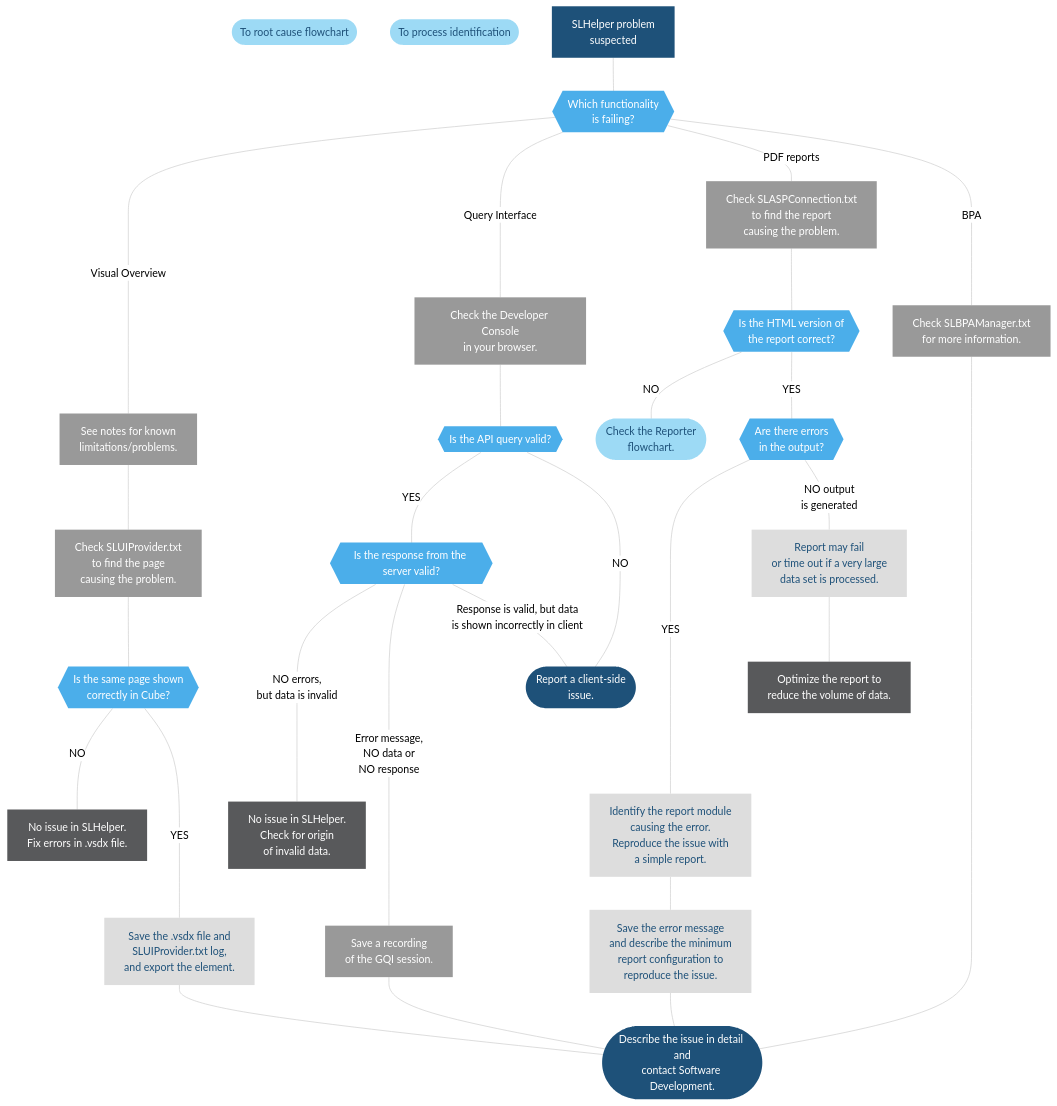
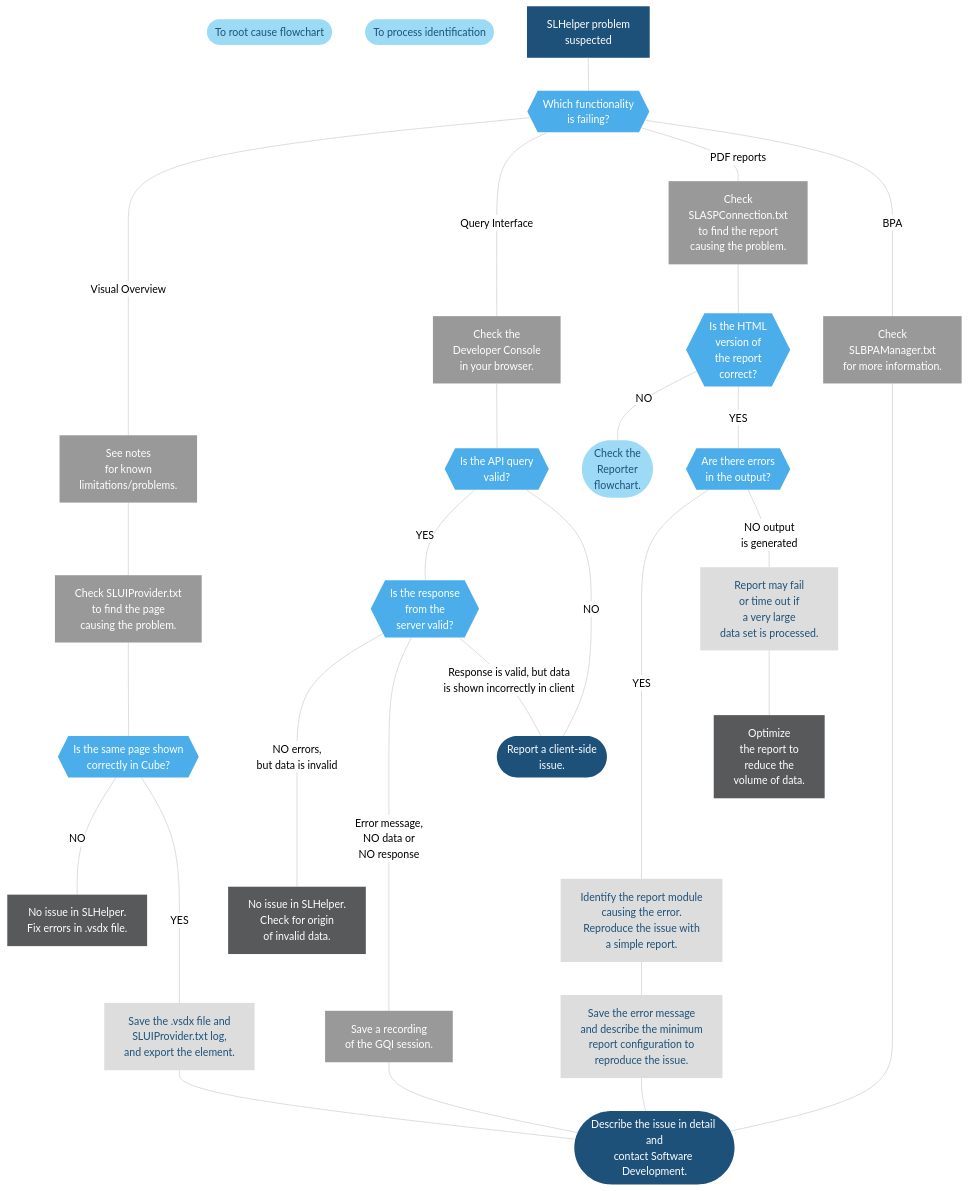
Before and after one commit to SkylineCommunications/dataminer-docs: the diagram in user-guide/Troubleshooting/Troubleshooting_Flowcharts/Troubleshooting_Process_Identification/Other_processes/Troubleshooting_SLHelper_exe.md, drawn with Mermaid (neutral theme). The commit also changed 5 other files, not shown here.

```diff
--- a/user-guide/Troubleshooting/Troubleshooting_Flowcharts/Troubleshooting_Process_Identification/Other_processes/Troubleshooting_SLHelper_exe.md
+++ b/user-guide/Troubleshooting/Troubleshooting_Flowcharts/Troubleshooting_Process_Identification/Other_processes/Troubleshooting_SLHelper_exe.md
@@ -64,81 +64,81 @@
 <div class="mermaid">
 flowchart TD
 %% Define blocks %%
 LinkRootCause([To root cause flowchart])
 LinkProcessList([To process identification])
 Start[SLHelper problem <br />suspected]
 Function{{Which functionality <br/>is failing?}}
-VisioKnown[See notes for known<br/>limitations/problems.]
+VisioKnown[See notes <br>for known<br/>limitations/problems.]
 VisioLogs[Check SLUIProvider.txt<br/>to find the page<br/>causing the problem.]
 VisioCube{{Is the same page shown<br/>correctly in Cube?}}
 VisioSave[Save the .vsdx file and<br/> SLUIProvider.txt log,<br/> and export the element.]
 VisioFix[No issue in SLHelper.<br/>Fix errors in .vsdx file.]
-GqiDevConsole[Check the Developer Console<br/>in your browser.]
-GqiCheckRequest{{Is the API query valid?}}
-GqiCheckResponse{{Is the response from the server valid?}}
+GqiDevConsole[Check the <br>Developer Console<br/>in your browser.]
+GqiCheckRequest{{Is the API query <br>valid?}}
+GqiCheckResponse{{Is the response <br>from the <br>server valid?}}
 GqiServerIssue[No issue in SLHelper.<br/>Check for origin<br/>of invalid data.]
 GqiSave[Save a recording<br/>of the GQI session.]
 GqiClientIssue([Report a client-side<br/>issue.])
-BpaLogs[Check SLBPAManager.txt<br/>for more information.]
-PdfLogs[Check SLASPConnection.txt<br/>to find the report<br/>causing the problem.]
-PdfCheckHtml{{Is the HTML version of<br/>the report correct?}}
-PdfReportsIssue([Check the Reporter<br/>flowchart.])
+BpaLogs[Check <br>SLBPAManager.txt<br/>for more information.]
+PdfLogs[Check <br>SLASPConnection.txt<br/>to find the report<br/>causing the problem.]
+PdfCheckHtml{{Is the HTML <br>version of<br/>the report <br>correct?}}
+PdfReportsIssue([Check the <br>Reporter<br/>flowchart.])
 PdfErrors{{Are there errors<br/>in the output?}}
 PdfModule[Identify the report module<br/>causing the error.<br/>Reproduce the issue with<br/>a simple report.]
 PdfSave[Save the error message<br/>and describe the minimum<br/>report configuration to<br/>reproduce the issue.]
-PdfTimeouts[Report may fail<br/>or time out if a very large<br/>data set is processed.]
-PdfOptimize[Optimize the report to<br/>reduce the volume of data.]
+PdfTimeouts[Report may fail<br/>or time out if <br>a very large<br/>data set is processed.]
+PdfOptimize[Optimize <br>the report to<br/>reduce the <br>volume of data.]
 EndReportIssue([Describe the issue in detail and<br/>contact Software Development.])
 %% Connect blocks %%
 Start --- Function
 Function --- |Visual Overview|VisioKnown
 Function --- |Query Interface|GqiDevConsole
 Function --- |PDF reports| PdfLogs
 Function --- |BPA| BpaLogs
 BpaLogs -------- EndReportIssue
 VisioKnown --- VisioLogs
 VisioLogs --- VisioCube
 VisioCube --- |NO| VisioFix
 VisioCube ---- |YES| VisioSave
 VisioSave --- EndReportIssue
 GqiDevConsole --- GqiCheckRequest
 GqiCheckRequest --- |YES| GqiCheckResponse
 GqiCheckRequest --- |NO| GqiClientIssue
 GqiCheckResponse ---- |NO errors,<br/>but data is invalid| GqiServerIssue
 GqiCheckResponse ----- |Error message,<br/>NO data or<br/>NO response| GqiSave
 GqiCheckResponse --- |Response is valid, but data<br/>is shown incorrectly in client| GqiClientIssue
 GqiSave --- EndReportIssue
 PdfLogs --- PdfCheckHtml
 PdfCheckHtml --- |NO| PdfReportsIssue
 PdfCheckHtml --- |YES| PdfErrors
 PdfErrors ----- |YES| PdfModule
 PdfModule --- PdfSave
 PdfErrors --- |NO output<br/>is generated| PdfTimeouts
 PdfTimeouts --- PdfOptimize
 PdfSave --- EndReportIssue
 %% Define hyperlinks %%
 click LinkRootCause "https://docs.dataminer.services/user-guide/Troubleshooting/Troubleshooting_Flowcharts/Finding_a_Root_Cause.html" "Go to Root Cause Flowchart"
 click LinkProcessList "https://docs.dataminer.services/user-guide/Troubleshooting/Troubleshooting_Flowcharts/Troubleshooting_Process_Identification/Troubleshooting_Process_Identification.html" "Go to process identification page"
 click VisioKnown "#known-limitations-of-visual-overview-in-web-apps" "Known limitations"
 click VisioLogs "#logging" "More on logging"
 click GqiDevConsole "#using-the-developer-console-in-a-browser" "Using Developer Console"
 click GqiSave "#recording-a-gqi-session" "How to record a GQI session"
 click PdfLogs "#logging" "More on logging"
 click PdfReportsIssue "https://docs.dataminer.services/user-guide/Troubleshooting/Troubleshooting_Flowcharts/Troubleshooting_Process_Identification/Other_processes/Troubleshooting_SLASPConnection_exe.html" "Go to Reporter flowchart"
 click BpaLogs "#logging" "More on logging"
 %% Define styles %%
 linkStyle default stroke:#cccccc
 classDef classTerminal fill:#1e5179,stroke:#1e5179,color:#ffffff,stroke-width:0px;
 classDef classDecision fill:#4baeea,stroke:#4baeea,color:#ffffff,stroke-width:0px;
 classDef classExternalRef fill:#9ddaf5,stroke:#9ddaf5,color:#1E5179,stroke-width:0px;
 classDef classActionClickable fill:#999999,stroke:#999999,color:#ffffff,stroke-width:0px;
 classDef classAction fill:#dddddd,stroke:#dddddd,color:#1E5179,stroke-width:0px;
 classDef classSolution fill:#58595b,stroke:#58595b,color:#ffffff,stroke-width:0px;
 %% Apply styles to blocks %%
 class Start,EndReportIssue,GqiClientIssue classTerminal;
 class Function,VisioCube,GqiCheckRequest,GqiCheckResponse,PdfErrors,PdfCheckHtml classDecision;
 class VisioSave,PdfModule,PdfSave,PdfTimeouts classAction;
 class VisioFix,GqiServerIssue,PdfOptimize classSolution;
 class VisioKnown,VisioLogs,GqiDevConsole,GqiSave,PdfLogs,BpaLogs classActionClickable;
 class LinkRootCause,LinkProcessList,PdfReportsIssue classExternalRef;
 </div>
```
